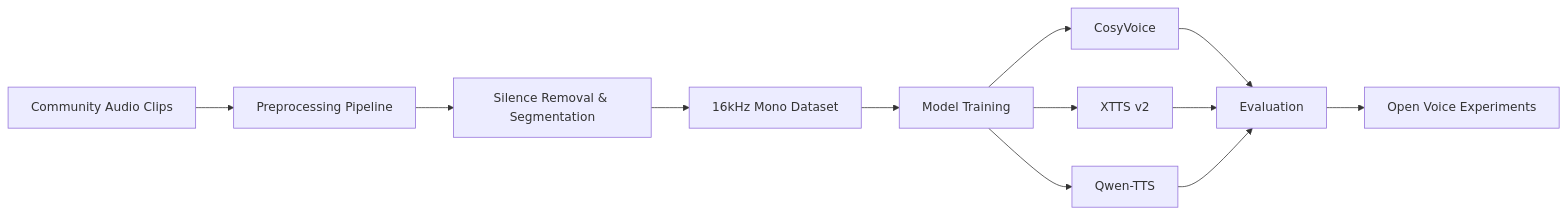
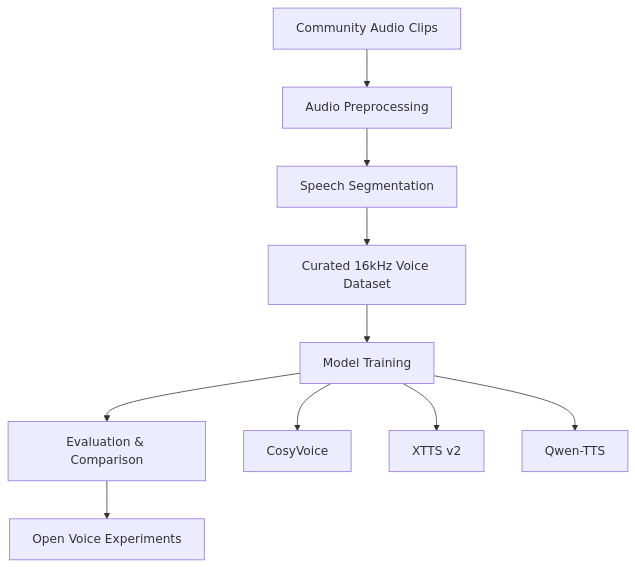
Before and after one commit to engineerx87/ani-voice-rebuild: the diagram in README.md, drawn with Mermaid.

Commit message:
docs: update README with vertical pipeline diagram

````diff
--- a/README.md
+++ b/README.md
@@ -5,17 +5,22 @@
 ```mermaid
-flowchart LR
-    A[Community Audio Clips] --> B[Preprocessing Pipeline]
-    B --> C[Silence Removal & Segmentation]
-    C --> D[16kHz Mono Dataset]
-    D --> E[Model Training]
+flowchart TD
 
-    E --> F1[CosyVoice]
-    E --> F2[XTTS v2]
-    E --> F3[Qwen-TTS]
+A[Community Audio Clips]
+B[Audio Preprocessing]
+C[Speech Segmentation]
+D[Curated 16kHz Voice Dataset]
+E[Model Training]
+F[Evaluation & Comparison]
+G[Open Voice Experiments]
 
-    F1 --> G[Evaluation]
-    F2 --> G
-    F3 --> G
+A --> B
+B --> C
+C --> D
+D --> E
+E --> F
+F --> G
 
-    G --> H[Open Voice Experiments]
+E --> H[CosyVoice]
+E --> I[XTTS v2]
+E --> J[Qwen-TTS]
 ```
````
